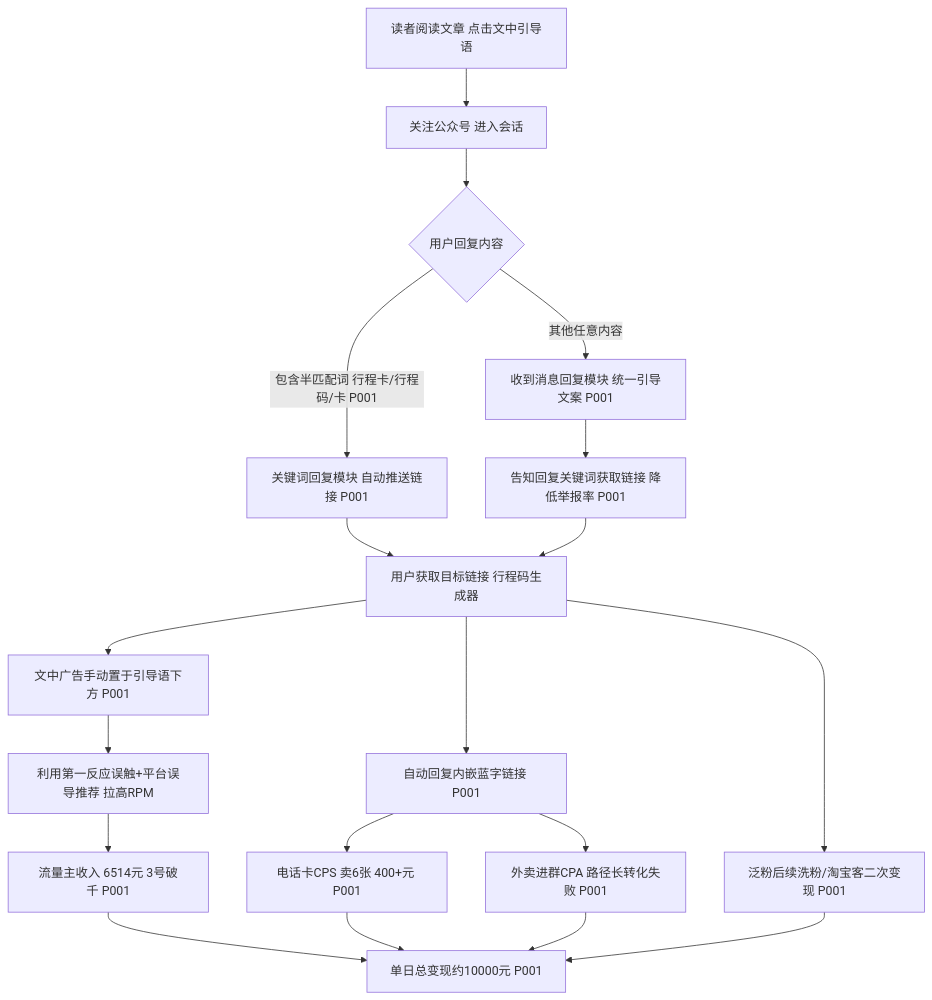
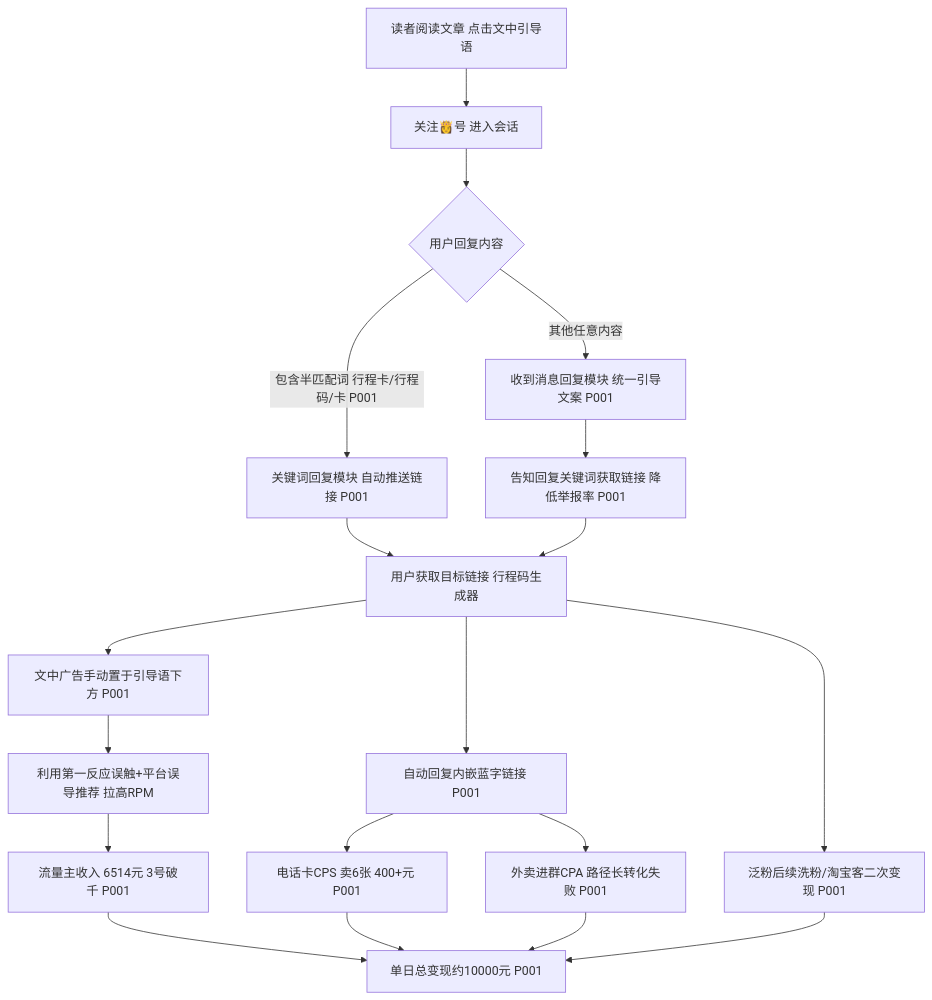
The fourth of 4 diagrams in docs/202301-02_paper2textbook/asset/body_fix_bfa965541026c33e1f66be624e3c4b31_d8e5df4a100e49f64db6cd42cd2c4859_b6030703e38e94df66c9940112abe3fa_f1f4248e08c7dfb8b41db6cc292d8127.md (OpenDocCN1/flygon-zhuanqian-zhoubao), drawn with Mermaid before and after one commit. The commit also changed other lines of this file and 6688 other files, not shown here.

````diff
--- a/docs/202301-02_paper2textbook/asset/body_fix_bfa965541026c33e1f66be624e3c4b31_d8e5df4a100e49f64db6cd42cd2c4859_b6030703e38e94df66c9940112abe3fa_f1f4248e08c7dfb8b41db6cc292d8127.md
+++ b/docs/202301-02_paper2textbook/asset/body_fix_bfa965541026c33e1f66be624e3c4b31_d8e5df4a100e49f64db6cd42cd2c4859_b6030703e38e94df66c9940112abe3fa_f1f4248e08c7dfb8b41db6cc292d8127.md
@@ -577,17 +577,17 @@
 ```mermaid
 flowchart TD
-    A[读者阅读文章 点击文中引导语] --> B[关注公众号 进入会话]
+    A[读者阅读文章 点击文中引导语] --> B[关注👸号 进入会话]
     B --> C{用户回复内容}
     C -->|包含半匹配词 行程卡/行程码/卡 P001| D[关键词回复模块 自动推送链接 P001]
     C -->|其他任意内容| E[收到消息回复模块 统一引导文案 P001]
     E --> F[告知回复关键词获取链接 降低举报率 P001]
     D & F --> G[用户获取目标链接 行程码生成器]
     G --> H1[文中广告手动置于引导语下方 P001]
     H1 --> H1a[利用第一反应误触+平台误导推荐 拉高RPM]
     H1a --> I1[流量主收入 6514元 3号破千 P001]
     G --> H2[自动回复内嵌蓝字链接 P001]
     H2 --> H2a[电话卡CPS 卖6张 400+元 P001]
     H2 --> H2b[外卖进群CPA 路径长转化失败 P001]
     G --> H3[泛粉后续洗粉/淘宝客二次变现 P001]
     I1 & H2a & H2b & H3 --> J[单日总变现约10000元 P001]
 ```
````
